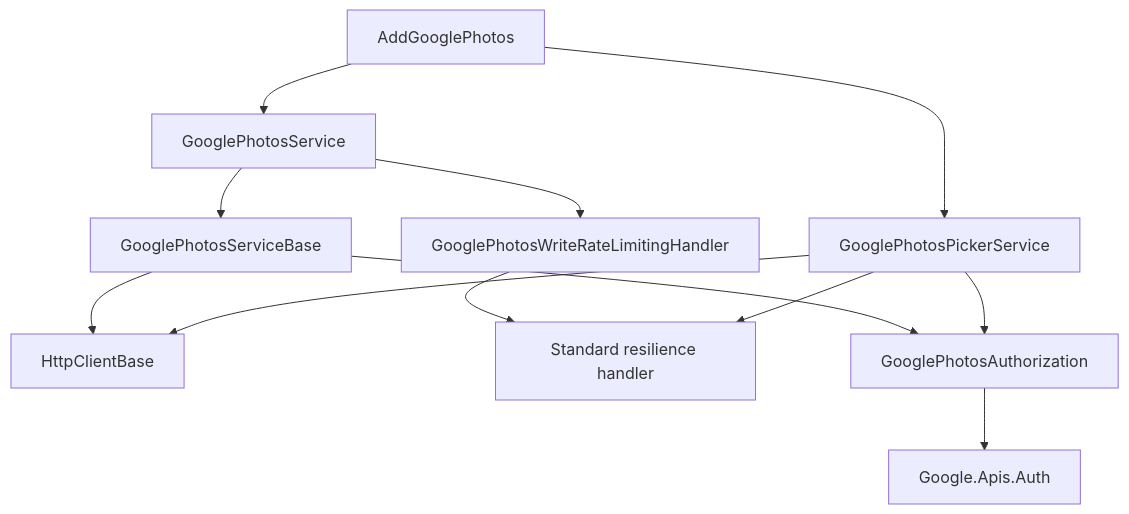
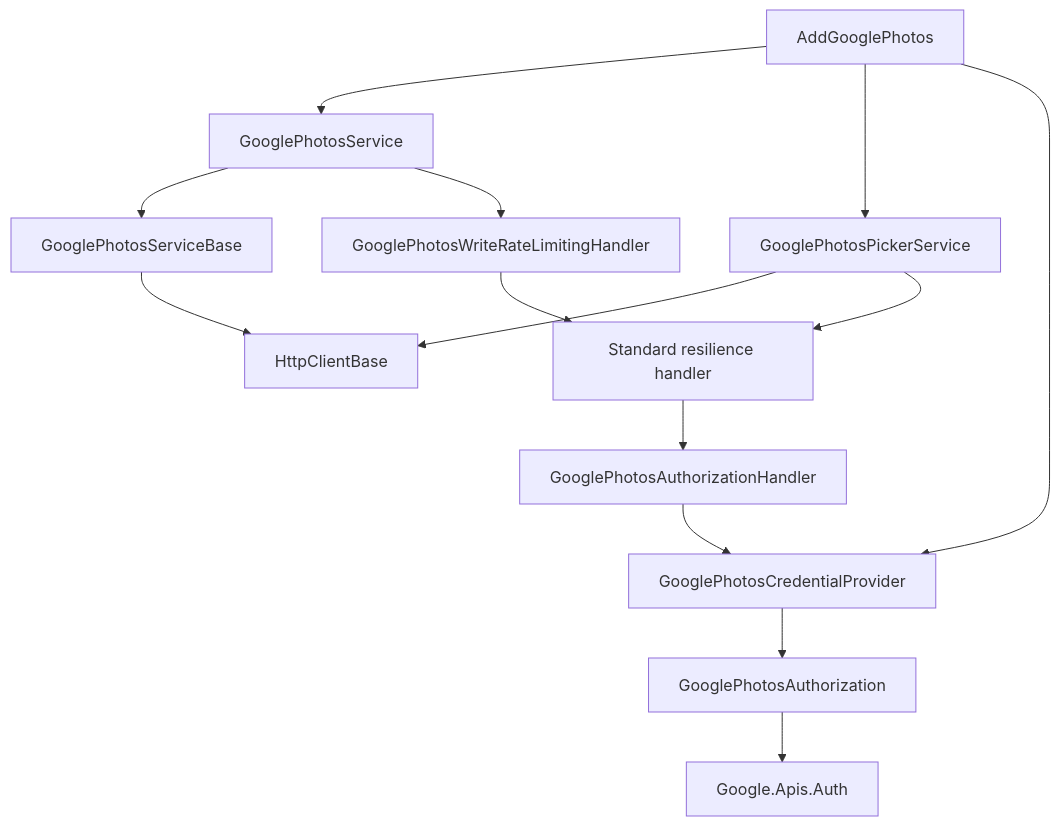
One commit to f2calv/CasCap.Api.GooglePhotos changed the diagram in src/CasCap.Api.GooglePhotos/README.md. Above: the diagram before and after it, drawn with Mermaid. The commit also changed other lines of this file and 14 other files, not shown here.

First line of the commit message:
refactor!: apply Google Photos authorization per request

````diff
--- a/src/CasCap.Api.GooglePhotos/README.md
+++ b/src/CasCap.Api.GooglePhotos/README.md
@@ -107,14 +110,16 @@
 ```mermaid
 graph TD
     A[AddGooglePhotos] --> B[GooglePhotosService]
     A --> C[GooglePhotosPickerService]
+    A --> P[GooglePhotosCredentialProvider]
     B --> D[GooglePhotosServiceBase]
     D --> E[HttpClientBase]
     C --> E
     B --> F[GooglePhotosWriteRateLimitingHandler]
     F --> G[Standard resilience handler]
     C --> G
-    D --> H[GooglePhotosAuthorization]
-    C --> H
-    H --> I[Google.Apis.Auth]
+    G --> H[GooglePhotosAuthorizationHandler]
+    H --> P
+    P --> I[GooglePhotosAuthorization]
+    I --> J[Google.Apis.Auth]
 ```
````
